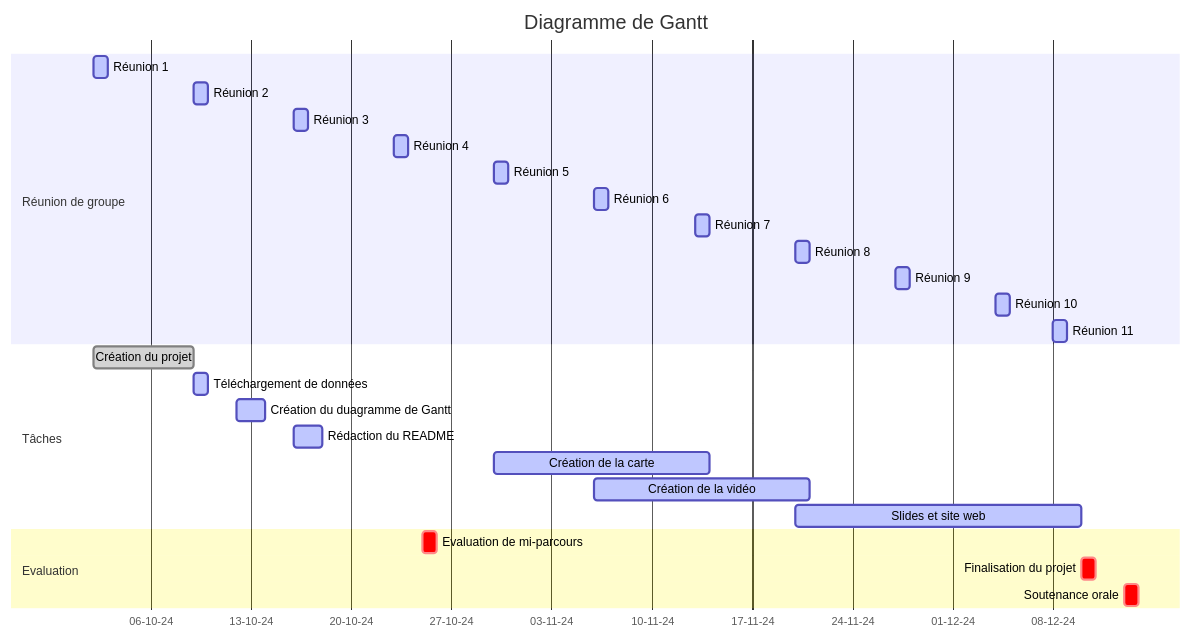
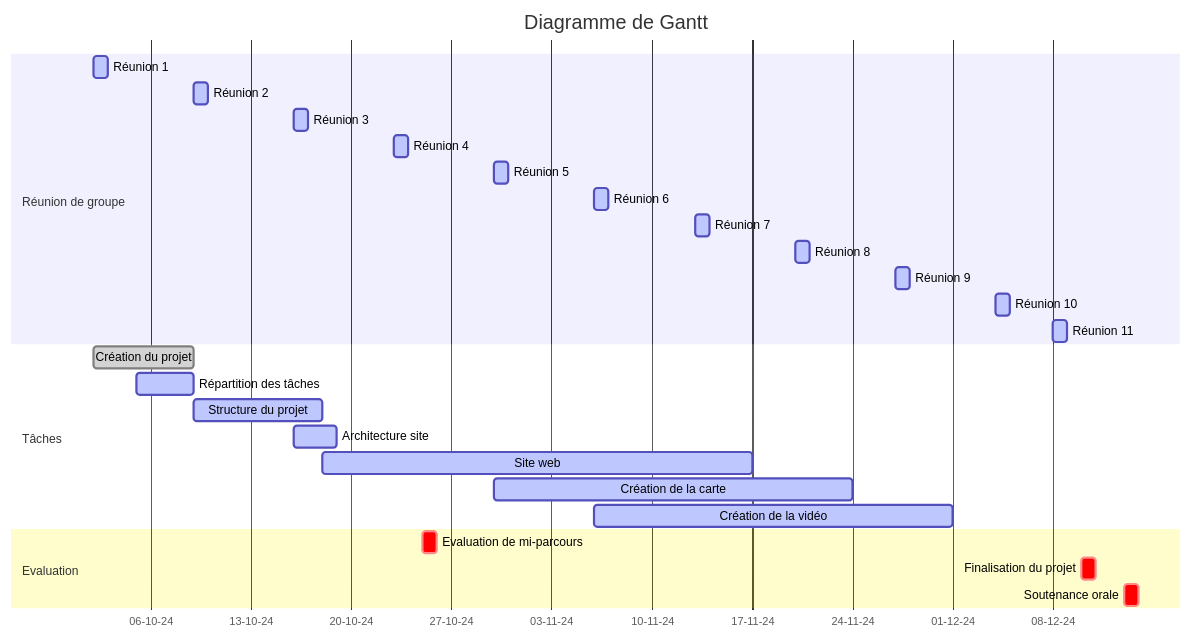
The diagram in roadmap/Gantt.qmd (DamienMariac/HAX712X), drawn with Mermaid before and after one commit. The commit also changed 1 other file, not shown here.

````diff
--- a/roadmap/Gantt.qmd
+++ b/roadmap/Gantt.qmd
@@ -1,35 +1,36 @@
 ```{mermaid}
     gantt
         title Diagramme de Gantt
         dateFormat DD-MM-YYYY
         axisFormat %d-%m-%y
 
         section Réunion de groupe
             Réunion 1 : active, 02-10-2024, 1d
             Réunion 2 : active, 09-10-2024, 1d
             Réunion 3 : active, 16-10-2024, 1d
             Réunion 4 : active, 23-10-2024, 1d
             Réunion 5 : active, 30-10-2024, 1d
             Réunion 6 : active, 06-11-2024, 1d
             Réunion 7 : active, 13-11-2024, 1d
             Réunion 8 : active, 20-11-2024, 1d
             Réunion 9 : active, 27-11-2024, 1d
             Réunion 10 : active, 04-12-2024, 1d
             Réunion 11 : active, 08-12-2024, 1d
 
         section Tâches 
             Création du projet : done, 02-10-2024, 7d
-            Téléchargement de données : active, 09-10-2024, 1d
-            Création du duagramme de Gantt :  active, 12-10-2024, 2d
-            Rédaction du README : active, 16-10-2024, 2d
-            Création de la carte : active, 30-10-2024, 15d
-            Création de la vidéo : active, 06-11-2024, 15d
-            Slides et site web : active, 20-11-2024, 20d
+            Répartition des tâches : active, 05-10-2024, 4d
+            Structure du projet : active, 09-10-2024, 9d
+            Architecture site : active, 16-10-2024, 3d
+            Site web : active, 18-10-2024, 30d
+            Création de la carte : active, 30-10-2024, 25d
+            Création de la vidéo : active, 06-11-2024, 25d
+            
 
         section Evaluation 
             Evaluation de mi-parcours : crit, b, 25-10-2024, 1d
             Finalisation du projet : crit, b, 10-12-2024, 1d
             Soutenance orale : crit, b,  13-12-2024, 1d
 
 
 ```
````
